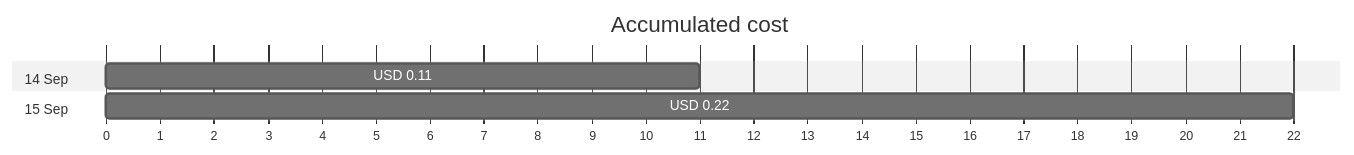
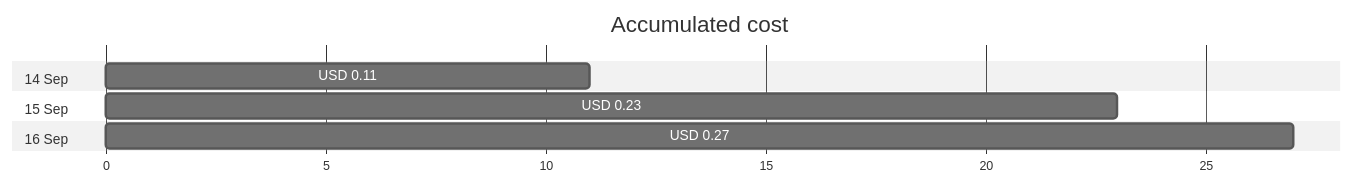
One commit to jpfulton/azure-personal-reports changed the first of 4 diagrams in cost-reports/personal-network/backup-server-public-ip.md. Above: the diagram before and after it, drawn with Mermaid (neutral theme). The commit also changed other lines of this file and 16 other files, not shown here.

````diff
--- a/cost-reports/personal-network/backup-server-public-ip.md
+++ b/cost-reports/personal-network/backup-server-public-ip.md
@@ -20,10 +20,12 @@
 ```mermaid
 gantt
    title Accumulated cost
    dateFormat  X
    axisFormat %s
    section 14 Sep
    USD 0.11 :0, 11
    section 15 Sep
-   USD 0.22 :0, 22
+   USD 0.23 :0, 23
+   section 16 Sep
+   USD 0.27 :0, 27
 ```
````
